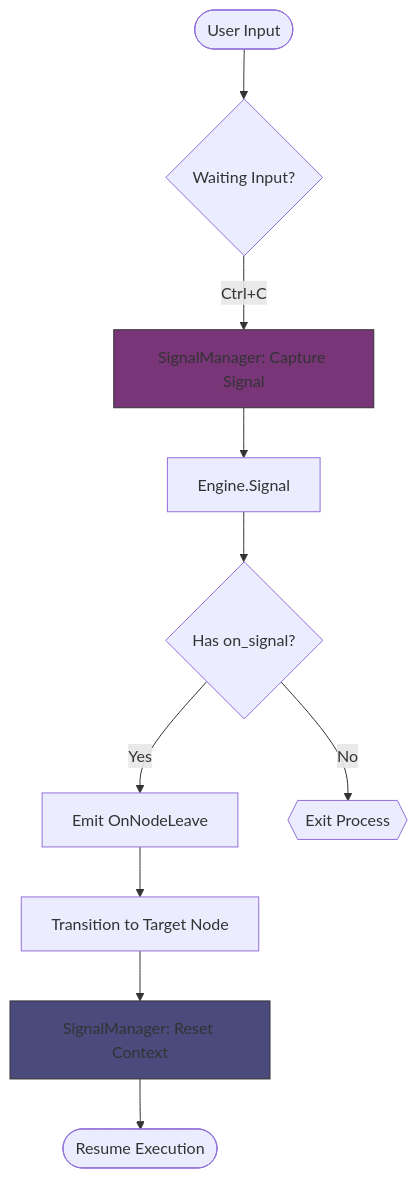
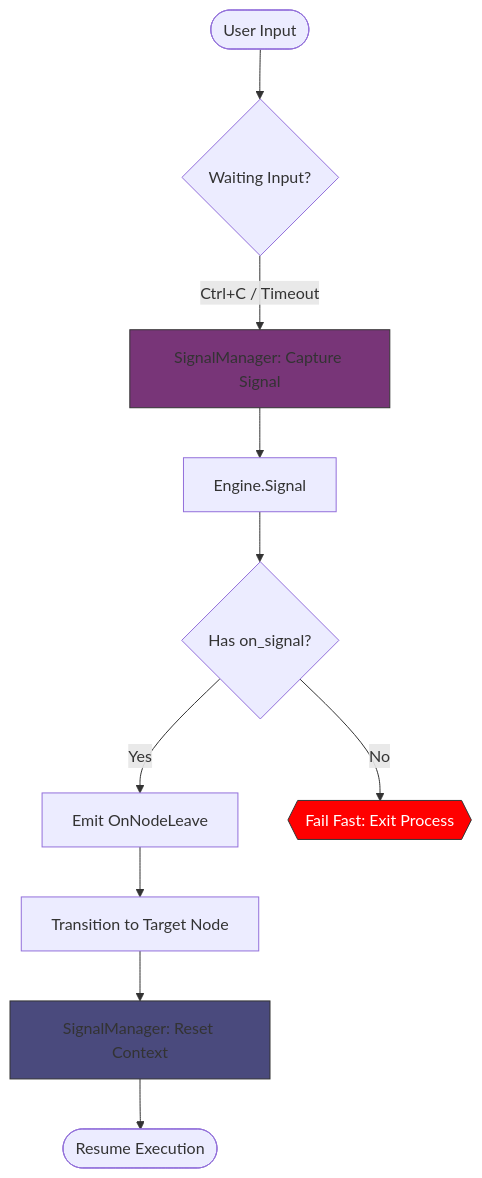
The seventh of 9 diagrams in docs/TECHNICAL.md (aretw0/trellis), drawn with Mermaid before and after one commit. The commit also changed other lines of this file and 3 other files, not shown here.

````diff
--- a/docs/TECHNICAL.md
+++ b/docs/TECHNICAL.md
@@ -480,18 +504,19 @@
 ```mermaid
 flowchart TD
     Start([User Input]) --> Wait{Waiting Input?}
-    Wait -- Ctrl+C --> Sig[SignalManager: Capture Signal]
+    Wait -- Ctrl+C / Timeout --> Sig[SignalManager: Capture Signal]
     Sig --> Engine[Engine.Signal]
     
     Engine --> Handled{Has on_signal?}
     Handled -- Yes --> Leave[Emit OnNodeLeave]
     Leave --> Transition[Transition to Target Node]
     
     Transition --> Reset[SignalManager: Reset Context]
     Reset --> Resume([Resume Execution])
     
-    Handled -- No --> Exit{{Exit Process}}
+    Handled -- No --> Exit{{Fail Fast: Exit Process}}
     
     style Sig fill:#783578,stroke:#333
     style Reset fill:#4a4a7d,stroke:#333
+    style Exit fill:#f00,stroke:#333,color:#fff
 ```
````
